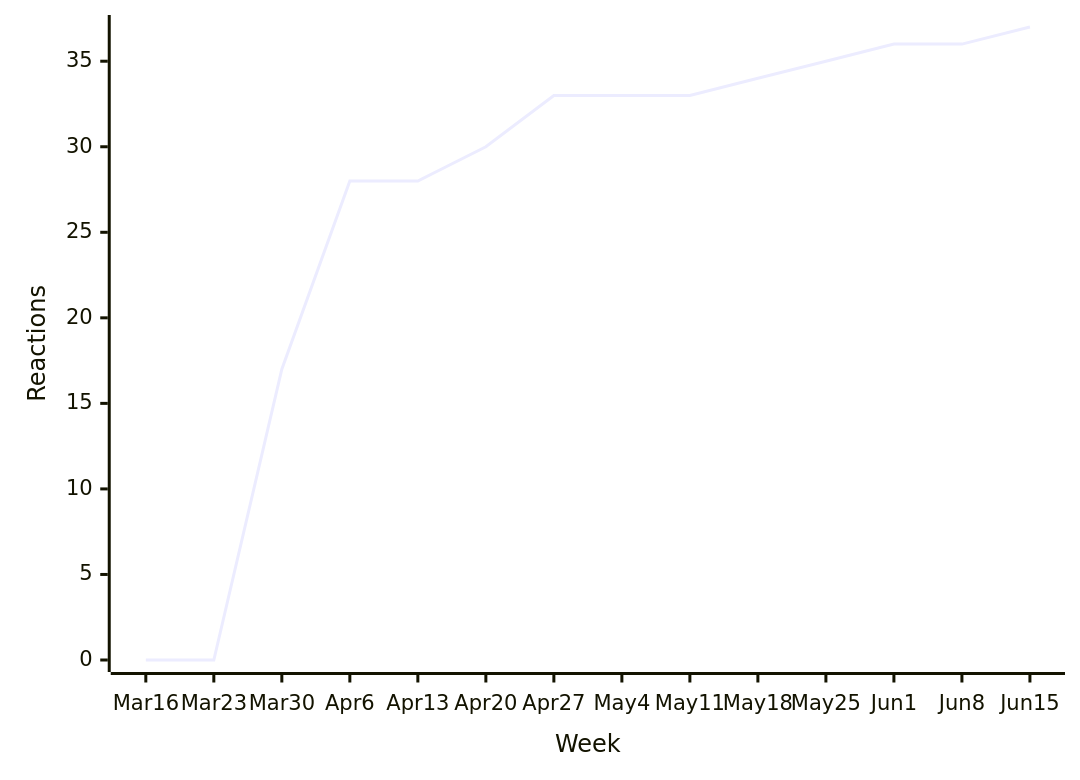
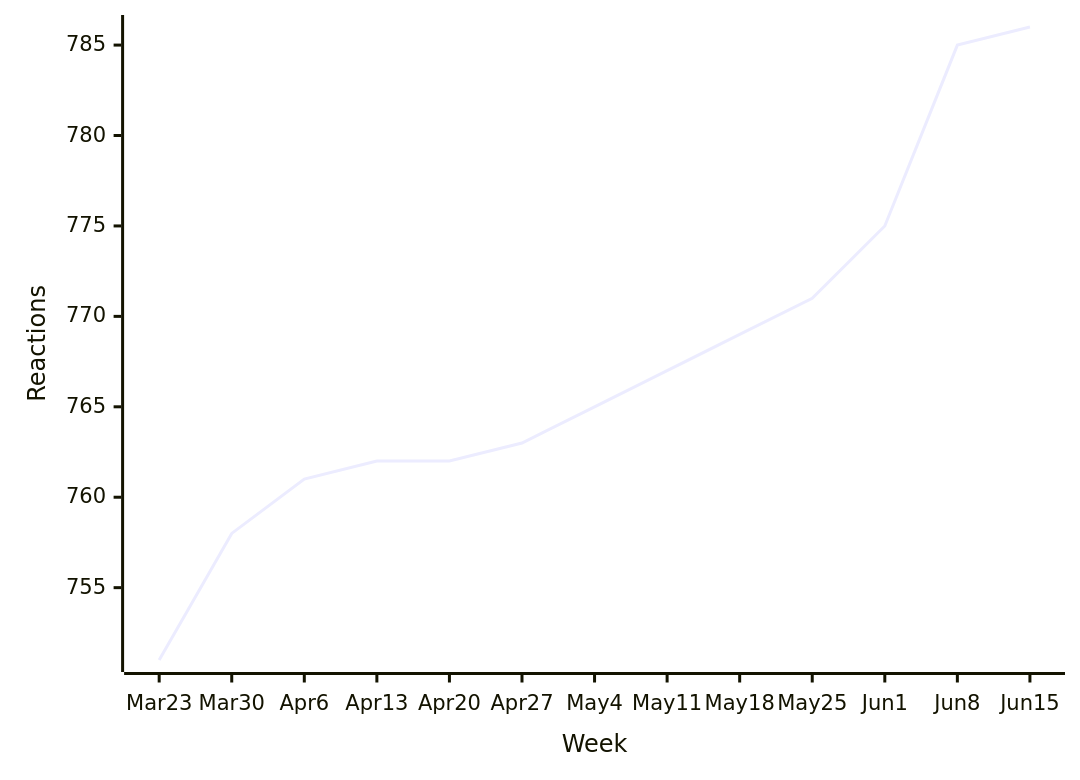
One commit to loic-sharma/github-insights changed the second of 49 diagrams in README.md. Above: the diagram before and after it, drawn with Mermaid. The commit also changed other lines of this file and 3 other files, not shown here.

````diff
--- a/README.md
+++ b/README.md
@@ -356,6 +356,6 @@
   ```mermaid
   xychart-beta
-    x-axis "Week" [Mar 16, Mar 23, Mar 30, Apr 6, Apr 13, Apr 20, Apr 27, May 4, May 11, May 18, May 25, Jun 1, Jun 8, Jun 15]
+    x-axis "Week" [Mar 23, Mar 30, Apr 6, Apr 13, Apr 20, Apr 27, May 4, May 11, May 18, May 25, Jun 1, Jun 8, Jun 15]
     y-axis "Reactions"
-    line [0, 0, 17, 28, 28, 30, 33, 33, 33, 34, 35, 36, 36, 37]
+    line [751, 758, 761, 762, 762, 763, 765, 767, 769, 771, 775, 785, 786]
   ```
````
